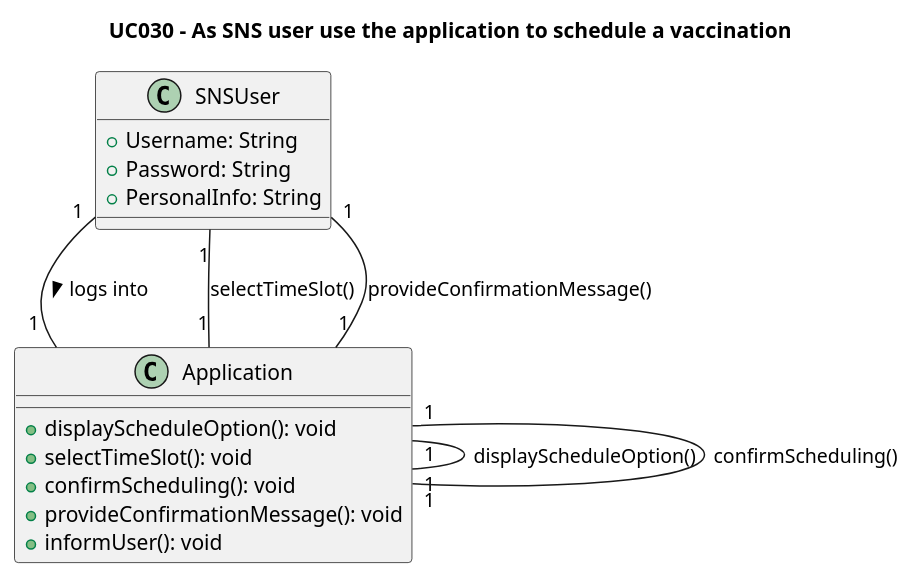
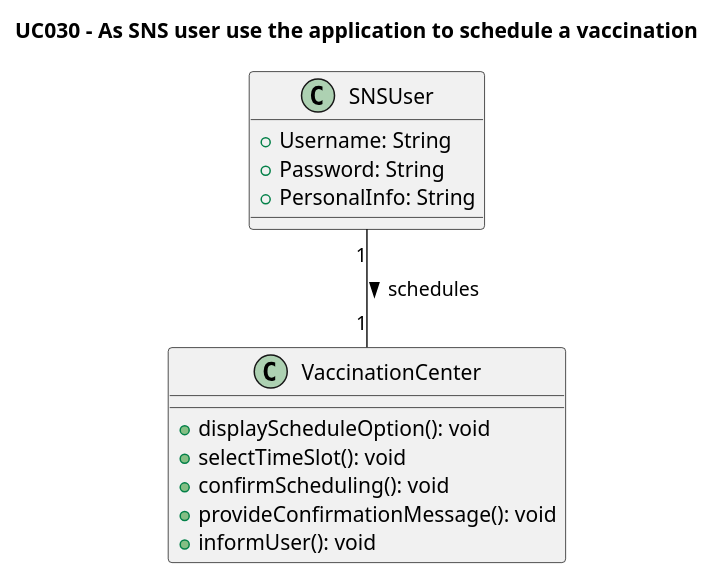
The diagram in sns-base/doc/global/use-cases/UC030/ucd-UCD030.puml (rafaafig/SnsTrab), drawn with PlantUML before and after one commit. The commit also changed 10 other files, not shown here.

```diff
--- a/sns-base/doc/global/use-cases/UC030/ucd-UCD030.puml
+++ b/sns-base/doc/global/use-cases/UC030/ucd-UCD030.puml
@@ -1,28 +1,23 @@
 @startuml
 'skinparam monochrome true
 'skinparam shadowing false
 
 title UC030 - As SNS user use the application to schedule a vaccination
 
 class SNSUser {
     +Username: String
     +Password: String
     +PersonalInfo: String
 }
 
-class Application {
+class VaccinationCenter {
     +displayScheduleOption(): void
     +selectTimeSlot(): void
     +confirmScheduling(): void
     +provideConfirmationMessage(): void
     +informUser(): void
 }
 
 ' Relationships
-SNSUser "1" -- "1" Application : logs into >
-Application "1" -- "1" Application : displayScheduleOption()
-SNSUser "1" -- "1" Application : selectTimeSlot()
-Application "1" -- "1" Application : confirmScheduling()
-Application "1" -- "1" SNSUser : provideConfirmationMessage()
-
+SNSUser "1" -- "1" VaccinationCenter : schedules >
 @enduml
```
